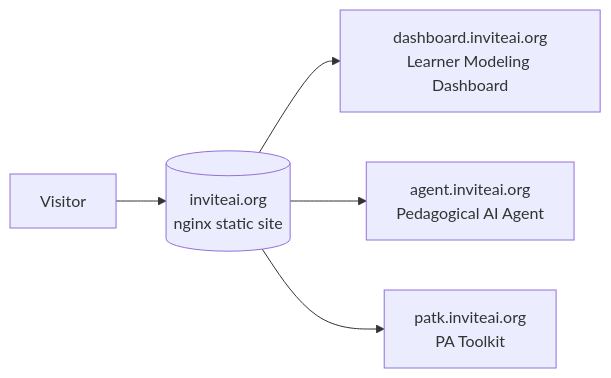
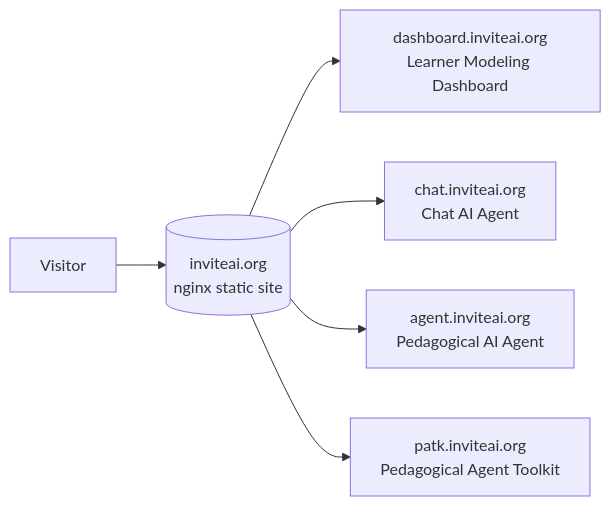
The diagram in README.md (InviteInstitute/invite-web), drawn with Mermaid before and after one commit. The commit also changed other lines of this file and 8 other files, not shown here.

First line of the commit message:
Split the agent card into Chat AI Agent and Pedagogical AI Agent

````diff
--- a/README.md
+++ b/README.md
@@ -9,7 +9,8 @@
 ```mermaid
 flowchart LR
     visitor["Visitor"] --> site[("inviteai.org<br/>nginx static site")]
     site --> dash["dashboard.inviteai.org<br/>Learner Modeling Dashboard"]
+    site --> chat["chat.inviteai.org<br/>Chat AI Agent"]
     site --> agent["agent.inviteai.org<br/>Pedagogical AI Agent"]
-    site --> patk["patk.inviteai.org<br/>PA Toolkit"]
+    site --> patk["patk.inviteai.org<br/>Pedagogical Agent Toolkit"]
 ```
````
